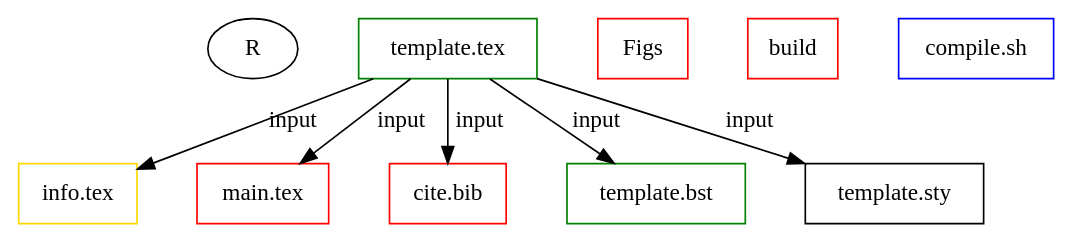
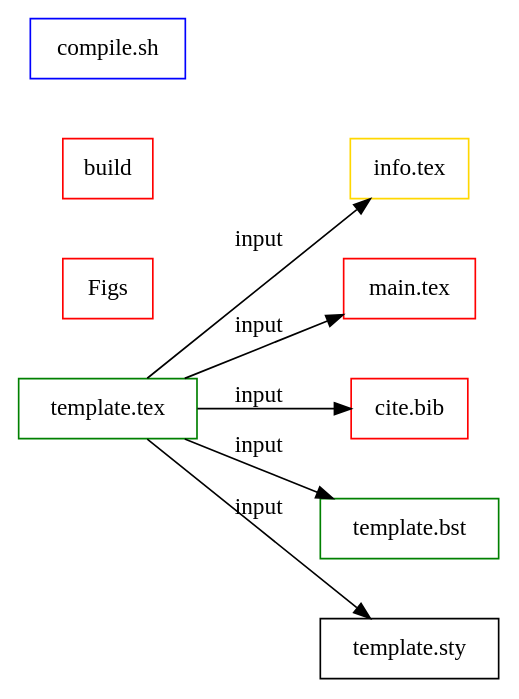
The diagram in texTemplate.org (bwtian/texTemplate), drawn with Graphviz before and after one commit. The commit also changed other lines of this file and 1 other file, not shown here.

Commit message:
- ‘.#texTemplate.org’ / ‘texTemplate.org’

```diff
--- a/texTemplate.org
+++ b/texTemplate.org
@@ -4,25 +4,25 @@
 #+BEGIN_SRC dot :file ./texTemplate.svg 
   digraph { 
-  R
+  rankdir = LR
   fontname="Times"; 
   fontsize = 12; 
   splines = false; 
   ranksep = 0.5; 
   nodesep = 0.5; 
   node [shape = box] 
   //1. set node 
   temp [label = "template.tex", color = green]
   info [label = "info.tex", color = gold]
   main [label = "main.tex", color = red]
   bib [label = "cite.bib", color = red]
   bst [label = "template.bst", color = green]
   sty [label = "template.sty"]
   fig [label = "Figs", color=red]
   build [label  = "build", color = red]
   gen [label = "compile.sh", color = blue]
   //2. set path 
   temp -> {info,main, bib, bst, sty} [label = input]
   //3. set rank 
 
   }
 #+END_SRC
```
